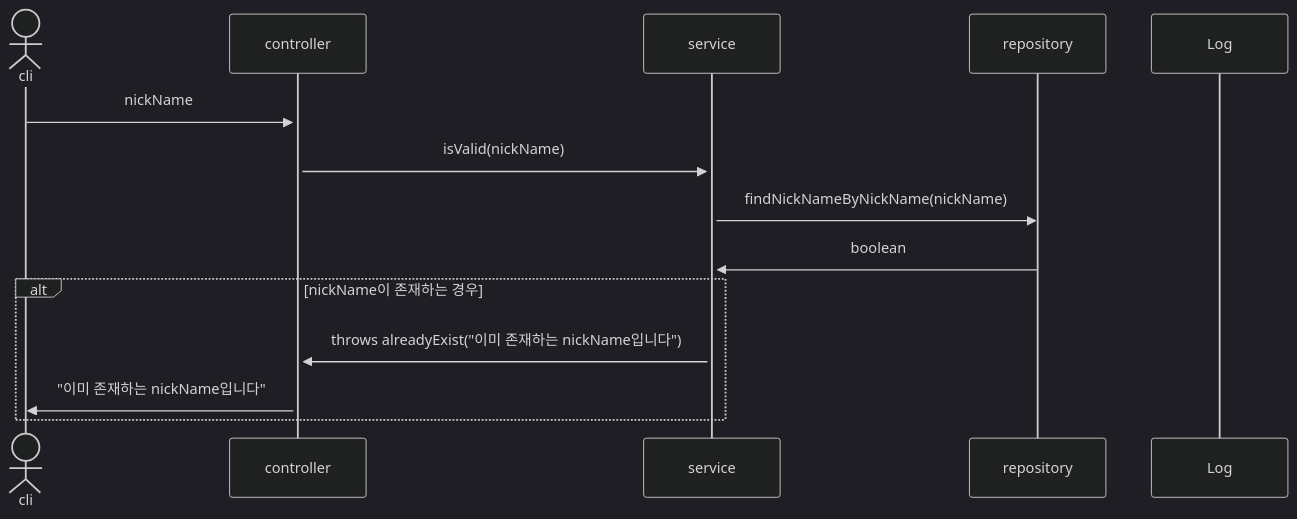
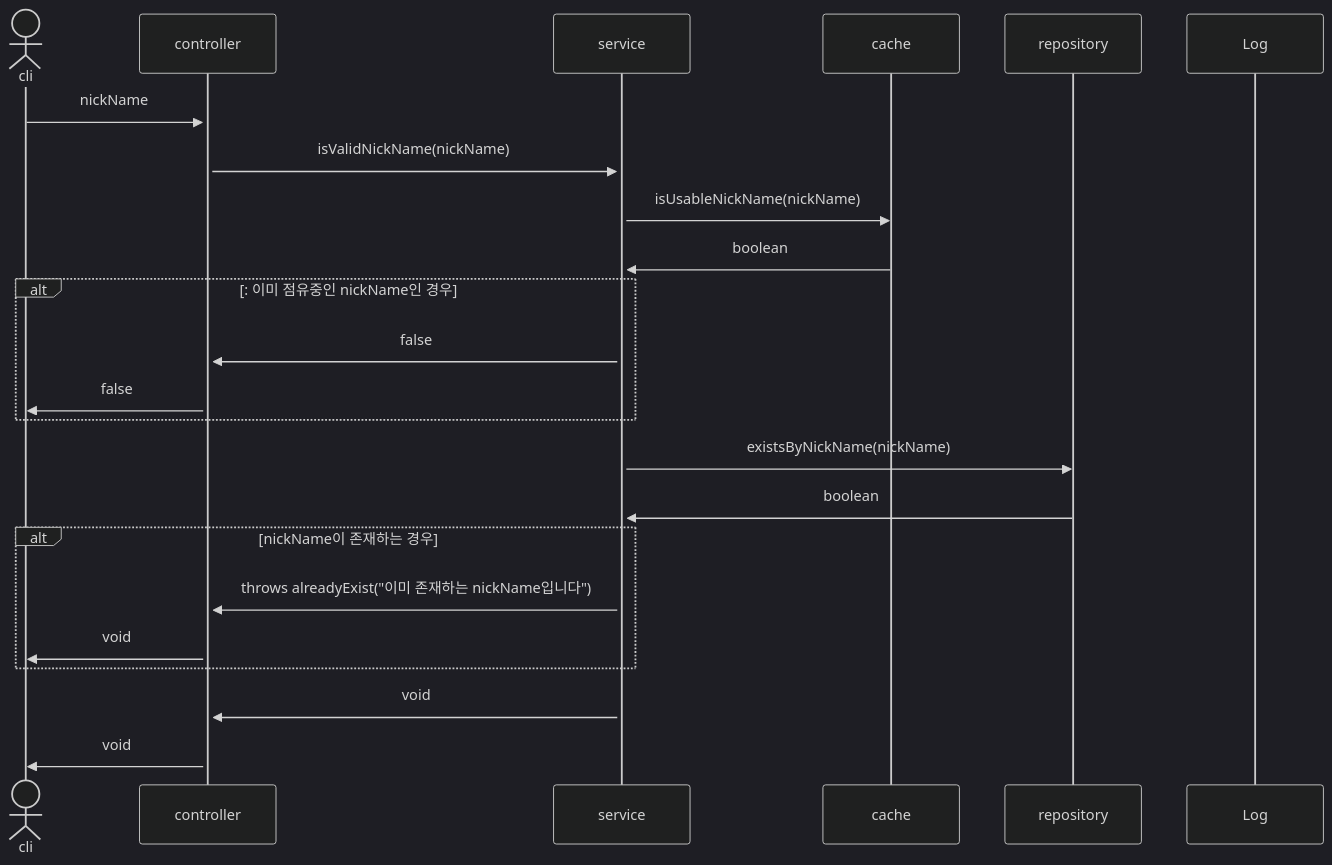
The second of 30 diagrams in sequence.md (mtak0235/snsX), drawn with Mermaid (dark theme) before and after one commit. The commit also changed other lines of this file, not shown here.

Commit message:
update isValidMemberEmail & isValidMemberNickName & memberSignup sequence diagram

````diff
--- a/sequence.md
+++ b/sequence.md
@@ -23,17 +32,26 @@
 ```mermaid
 sequenceDiagram
 actor cli
 participant c as controller
 participant s as service
+participant ca as cache
 participant r as repository
 participant l as Log
 
 cli->>+c: nickName
-c->>+s: isValid(nickName)
-s->>r: findNickNameByNickName(nickName)
+c->>+s: isValidNickName(nickName)
+s->>ca: isUsableNickName(nickName)
+ca->>s: boolean
+alt: 이미 점유중인 nickName인 경우
+s->>c: false
+c->>cli: false
+end
+s->>r: existsByNickName(nickName)
 r->>s: boolean
 alt nickName이 존재하는 경우
 s->>c: throws alreadyExist("이미 존재하는 nickName입니다")
-c->>cli: "이미 존재하는 nickName입니다"
+c->>cli: void
 end
+s->>c: void
+c->>cli: void
 ```
````
